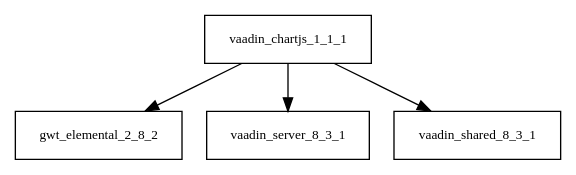
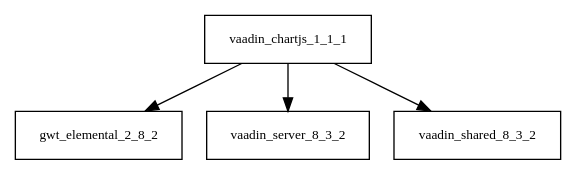
One commit to sjvs/cia changed the diagram in tattleTaleReport/graphviz/vaadin-chartjs-1.1.1.jar/vaadin-chartjs-1.1.1.jar.dot. Above: the diagram before and after it, drawn with Graphviz. The commit also changed 1517 other files, not shown here.

```diff
--- a/tattleTaleReport/graphviz/vaadin-chartjs-1.1.1.jar/vaadin-chartjs-1.1.1.jar.dot
+++ b/tattleTaleReport/graphviz/vaadin-chartjs-1.1.1.jar/vaadin-chartjs-1.1.1.jar.dot
@@ -1,6 +1,6 @@
 digraph vaadin_chartjs_1_1_1_dependencies {
   node [shape = box, fontsize=10.0];
   vaadin_chartjs_1_1_1 -> gwt_elemental_2_8_2;
-  vaadin_chartjs_1_1_1 -> vaadin_server_8_3_1;
-  vaadin_chartjs_1_1_1 -> vaadin_shared_8_3_1;
+  vaadin_chartjs_1_1_1 -> vaadin_server_8_3_2;
+  vaadin_chartjs_1_1_1 -> vaadin_shared_8_3_2;
 }
```
